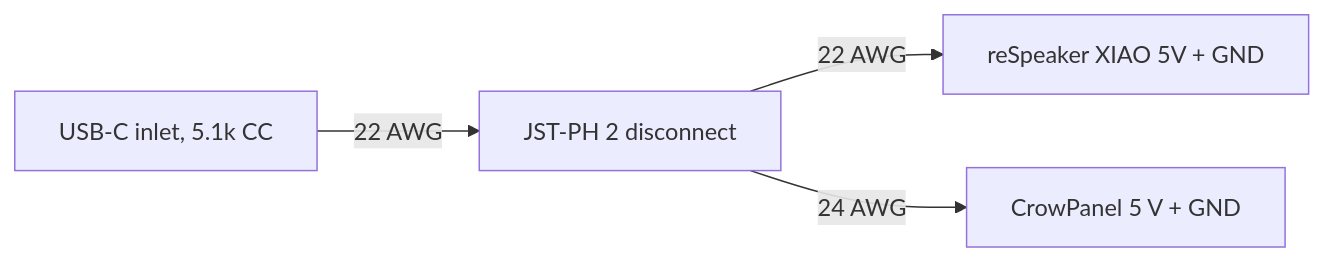
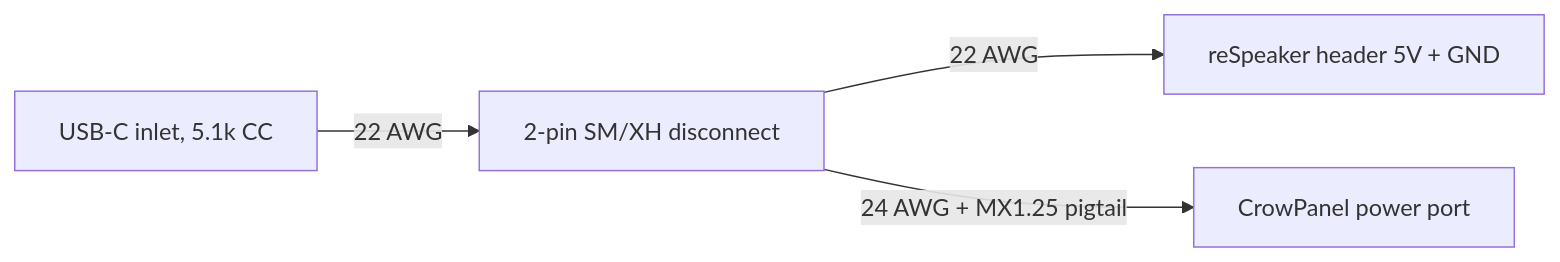
Before and after one commit to asherflynt/voice-clock: the diagram in docs/assembly/ASSEMBLY.md, drawn with Mermaid. The commit also changed other lines of this file and 29 other files, not shown here.

````diff
--- a/docs/assembly/ASSEMBLY.md
+++ b/docs/assembly/ASSEMBLY.md
@@ -46,6 +46,6 @@
 ```mermaid
 flowchart LR
-  A[USB-C inlet, 5.1k CC] -- 22 AWG --> B[JST-PH 2 disconnect]
-  B -- 22 AWG --> C[reSpeaker XIAO 5V + GND]
-  B -- 24 AWG --> D[CrowPanel 5 V + GND]
+  A[USB-C inlet, 5.1k CC] -- 22 AWG --> B[2-pin SM/XH disconnect]
+  B -- 22 AWG --> C[reSpeaker header 5V + GND]
+  B -- 24 AWG + MX1.25 pigtail --> D[CrowPanel power port]
 ```
````
